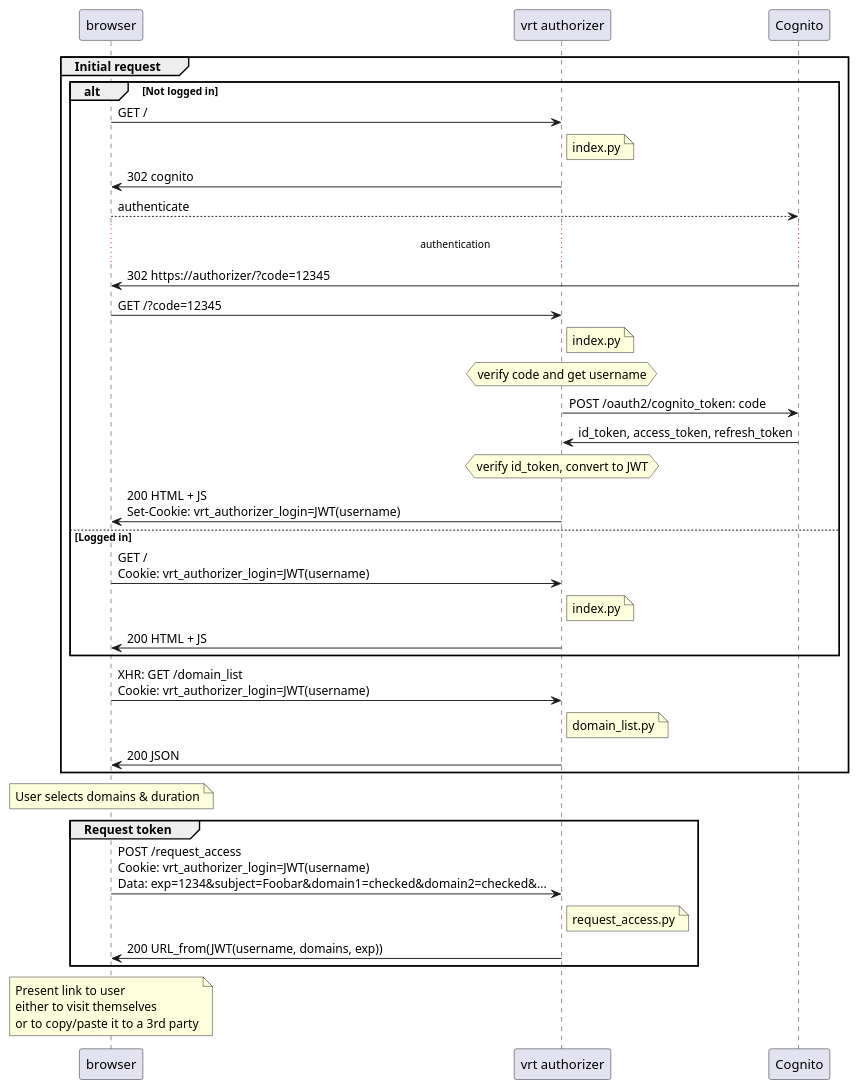
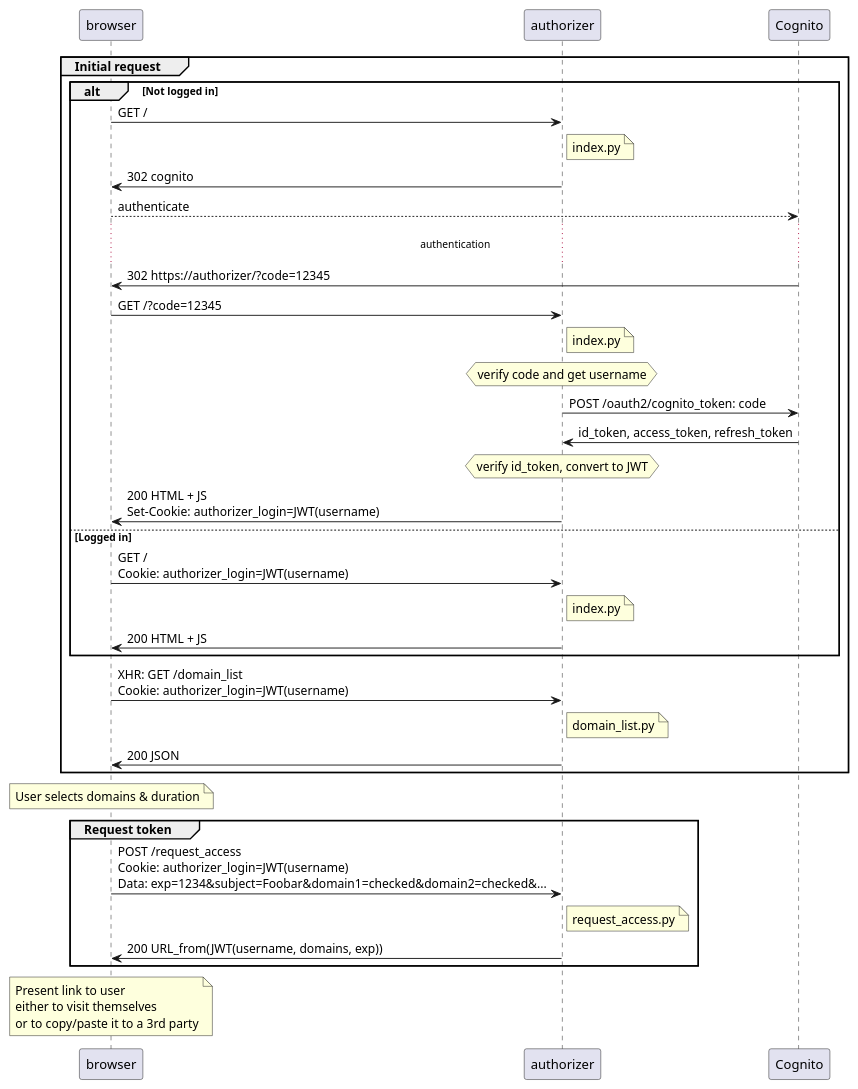
One commit to vrtdev/aws-cloudfront-authorizer changed the diagram in doc/request_access.plantuml. Above: the diagram before and after it, drawn with PlantUML. The commit also changed 2 other files, not shown here.

Commit message:
Remove VRT references

```diff
--- a/doc/request_access.plantuml
+++ b/doc/request_access.plantuml
@@ -1,60 +1,60 @@
 @startuml
 
 participant browser
-participant "vrt authorizer" as auth
+participant "authorizer" as auth
 participant "Cognito" as cognito
 
 group Initial request
 
 alt Not logged in
 
 browser -> auth: GET /
 note right of auth: index.py
 browser <- auth: 302 cognito
 
 browser --> cognito: authenticate
 ...authentication...
 browser <- cognito: 302 https://authorizer/?code=12345
 
 browser -> auth: GET /?code=12345
 note right of auth: index.py
 hnote over auth: verify code and get username
 auth -> cognito: POST /oauth2/cognito_token: code
 auth <- cognito: id_token, access_token, refresh_token
 hnote over auth: verify id_token, convert to JWT
-browser <- auth: 200 HTML + JS\nSet-Cookie: vrt_authorizer_login=JWT(username)
+browser <- auth: 200 HTML + JS\nSet-Cookie: authorizer_login=JWT(username)
 
 else Logged in
 
-browser -> auth: GET /\nCookie: vrt_authorizer_login=JWT(username)
+browser -> auth: GET /\nCookie: authorizer_login=JWT(username)
 note right of auth: index.py
 browser <- auth: 200 HTML + JS
 
 end
 
-browser -> auth: XHR: GET /domain_list\nCookie: vrt_authorizer_login=JWT(username)
+browser -> auth: XHR: GET /domain_list\nCookie: authorizer_login=JWT(username)
 note right of auth: domain_list.py
 browser <- auth: 200 JSON
 
 end
 
 
 note over browser: User selects domains & duration
 
 
 group Request token
 
-browser -> auth: POST /request_access\nCookie: vrt_authorizer_login=JWT(username)\nData: exp=1234&subject=Foobar&domain1=checked&domain2=checked&...
+browser -> auth: POST /request_access\nCookie: authorizer_login=JWT(username)\nData: exp=1234&subject=Foobar&domain1=checked&domain2=checked&...
 note right of auth: request_access.py
 browser <- auth: 200 URL_from(JWT(username, domains, exp))
 
 end
 
 
 note over browser
     Present link to user
     either to visit themselves
     or to copy/paste it to a 3rd party
 end note
 
 @enduml
```
